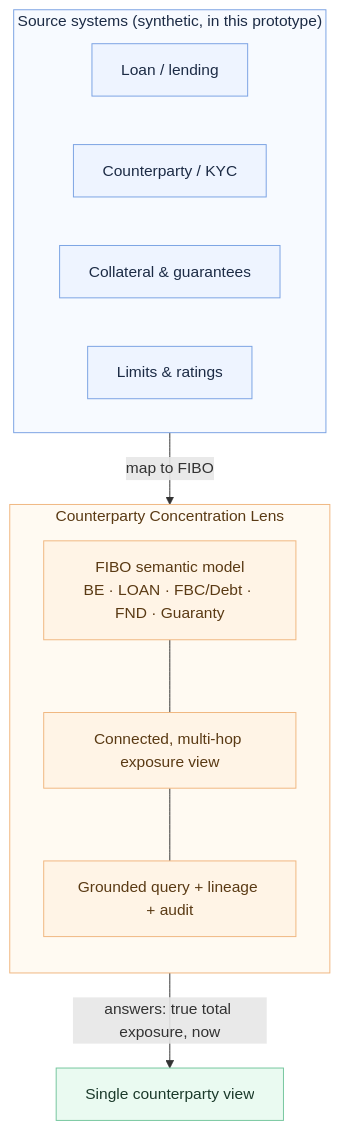
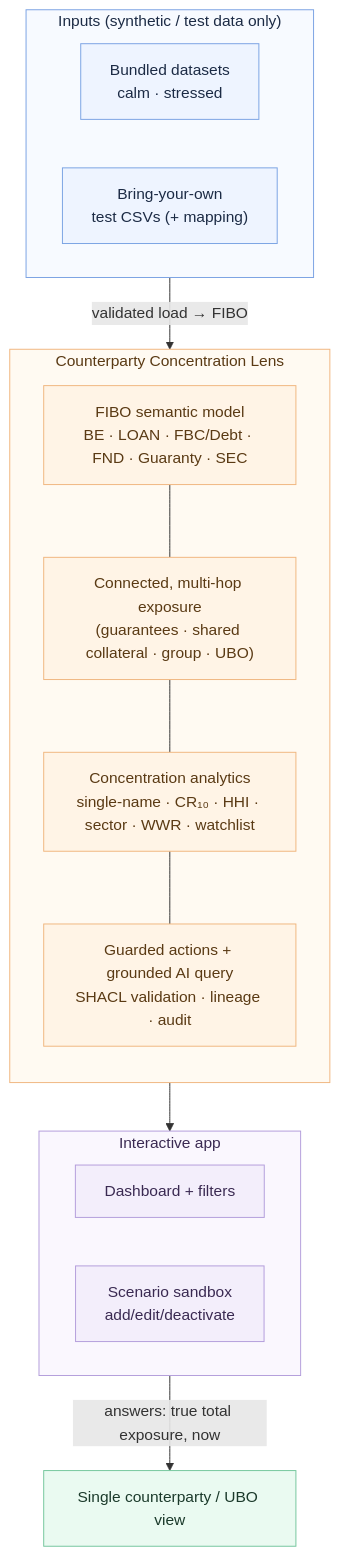
Before and after one commit to jaricsng/counterparty-concentration-lens: the diagram in README.md, drawn with Mermaid. The commit also changed other lines of this file and 4 other files, not shown here.

First line of the commit message:
docs: enhancement spec updates + bring-your-own-test-data import spec

````diff
--- a/README.md
+++ b/README.md
@@ -28,30 +28,39 @@
 ```mermaid
 flowchart TB
-    subgraph SOURCES["Source systems (synthetic, in this prototype)"]
+    subgraph INPUTS["Inputs (synthetic / test data only)"]
         direction LR
-        S1["Loan / lending"]
-        S2["Counterparty / KYC"]
-        S3["Collateral & guarantees"]
-        S4["Limits & ratings"]
+        S1["Bundled datasets<br/>calm · stressed"]
+        S2["Bring-your-own<br/>test CSVs (+ mapping)"]
     end
 
     subgraph LENS["Counterparty Concentration Lens"]
         direction TB
-        O["FIBO semantic model<br/>BE · LOAN · FBC/Debt · FND · Guaranty"]
-        Q["Connected, multi-hop exposure view"]
-        A["Grounded query + lineage + audit"]
-        O --- Q --- A
+        O["FIBO semantic model<br/>BE · LOAN · FBC/Debt · FND · Guaranty · SEC"]
+        Q["Connected, multi-hop exposure<br/>(guarantees · shared collateral · group · UBO)"]
+        M["Concentration analytics<br/>single-name · CR₁₀ · HHI · sector · WWR · watchlist"]
+        G["Guarded actions + grounded AI query<br/>SHACL validation · lineage · audit"]
+        O --- Q --- M --- G
     end
 
-    SOURCES -->|"map to FIBO"| LENS
-    LENS -->|"answers: true total exposure, now"| OUT["Single counterparty view"]
+    subgraph APP["Interactive app"]
+        direction LR
+        D["Dashboard + filters"]
+        SB["Scenario sandbox<br/>add/edit/deactivate"]
+    end
+
+    INPUTS -->|"validated load → FIBO"| LENS
+    LENS --> APP
+    APP -->|"answers: true total exposure, now"| OUT["Single counterparty / UBO view"]
 
     classDef src fill:#eef4ff,stroke:#7aa2e3,color:#1c2b45;
     classDef lens fill:#fff4e6,stroke:#f0b67f,color:#5a3a14;
+    classDef app fill:#f3eefb,stroke:#b39ddb,color:#3a2a52;
     classDef out fill:#eafaf1,stroke:#74c69d,color:#1b3a2b;
-    class S1,S2,S3,S4 src;
-    class O,Q,A lens;
+    class S1,S2 src;
+    class O,Q,M,G lens;
+    class D,SB app;
     class OUT out;
-    style SOURCES fill:#f7faff,stroke:#7aa2e3,color:#1c2b45;
+    style INPUTS fill:#f7faff,stroke:#7aa2e3,color:#1c2b45;
     style LENS fill:#fffaf2,stroke:#f0b67f,color:#5a3a14;
+    style APP fill:#faf7fe,stroke:#b39ddb,color:#3a2a52;
 ```
````
